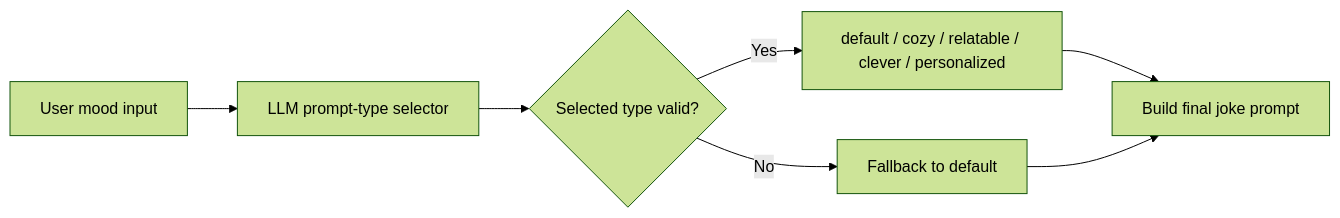
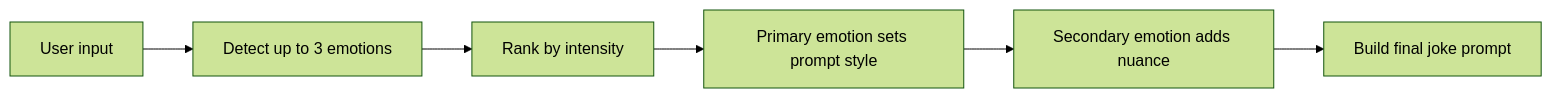
One commit to anushaRUSC/comedy-generator changed the third of 3 diagrams in README.md. Above: the diagram before and after it, drawn with Mermaid (forest theme). The commit also changed other lines of this file, not shown here.

Commit message:
Update README for emotion analysis flow

````diff
--- a/README.md
+++ b/README.md
@@ -42,9 +45,8 @@
 ```mermaid
 flowchart LR
-    A[User mood input] --> B[LLM prompt-type selector]
-    B --> C{Selected type valid?}
-    C -- Yes --> D[default / cozy / relatable / clever / personalized]
-    C -- No --> E[Fallback to default]
-    D --> F[Build final joke prompt]
-    E --> F
+    A[User input] --> B[Detect up to 3 emotions]
+    B --> C[Rank by intensity]
+    C --> D[Primary emotion sets prompt style]
+    D --> E[Secondary emotion adds nuance]
+    E --> F[Build final joke prompt]
 ```
````
